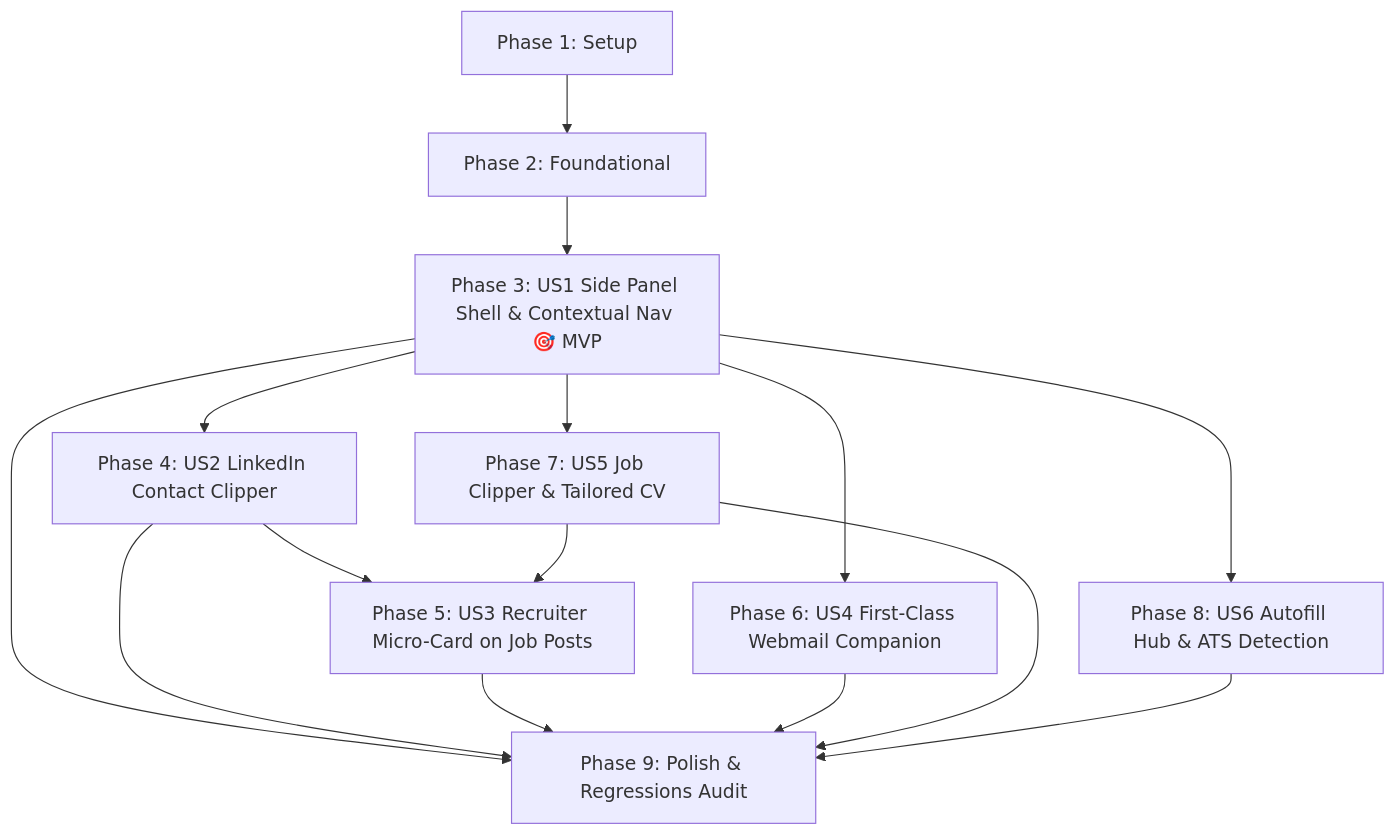
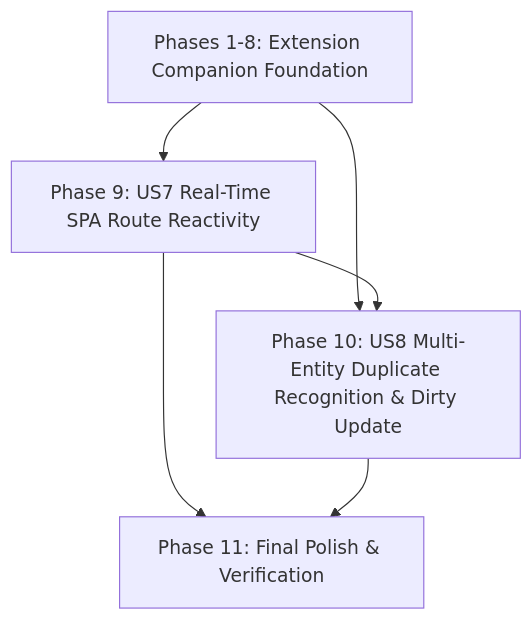
One commit to saleem-15/Tracklet-React changed the diagram in specs/008-extension-companion-redesign/tasks.md. Above: the diagram before and after it, drawn with Mermaid. The commit also changed other lines of this file and 8 other files, not shown here.

First line of the commit message:
docs(extension): specify real-time reactivity and smart duplicate tracking specifications

````diff
--- a/specs/008-extension-companion-redesign/tasks.md
+++ b/specs/008-extension-companion-redesign/tasks.md
@@ -203,17 +238,8 @@
 ```mermaid
 graph TD
-    Setup[Phase 1: Setup] --> Foundation[Phase 2: Foundational]
-    Foundation --> US1[Phase 3: US1 Side Panel Shell & Contextual Nav 🎯 MVP]
-    US1 --> US2[Phase 4: US2 LinkedIn Contact Clipper]
-    US1 --> US4[Phase 6: US4 First-Class Webmail Companion]
-    US1 --> US5[Phase 7: US5 Job Clipper & Tailored CV]
-    US2 --> US3[Phase 5: US3 Recruiter Micro-Card on Job Posts]
-    US5 --> US3
-    US1 --> US6[Phase 8: US6 Autofill Hub & ATS Detection]
-    US1 --> Polish[Phase 9: Polish & Regressions Audit]
-    US2 --> Polish
-    US3 --> Polish
-    US4 --> Polish
-    US5 --> Polish
-    US6 --> Polish
+    Foundation[Phases 1-8: Extension Companion Foundation] --> US7[Phase 9: US7 Real-Time SPA Route Reactivity]
+    Foundation --> US8[Phase 10: US8 Multi-Entity Duplicate Recognition & Dirty Update]
+    US7 --> US8
+    US7 --> Polish[Phase 11: Final Polish & Verification]
+    US8 --> Polish
 ```
````
